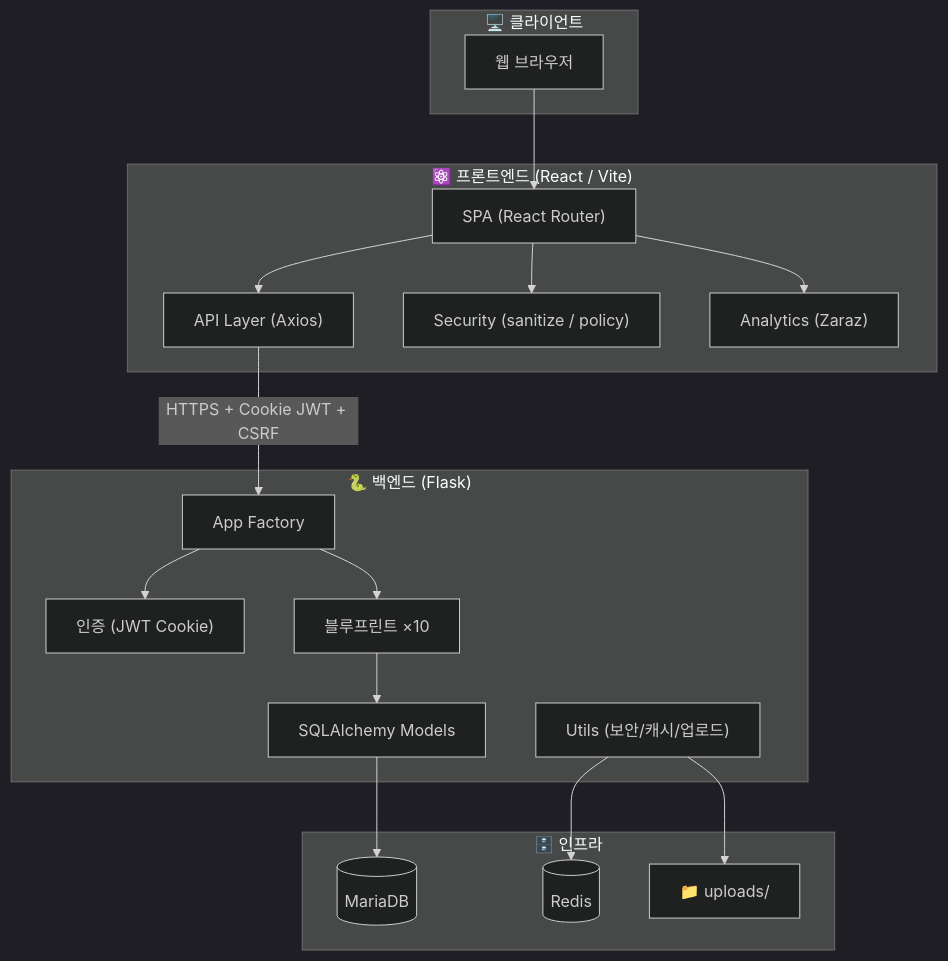
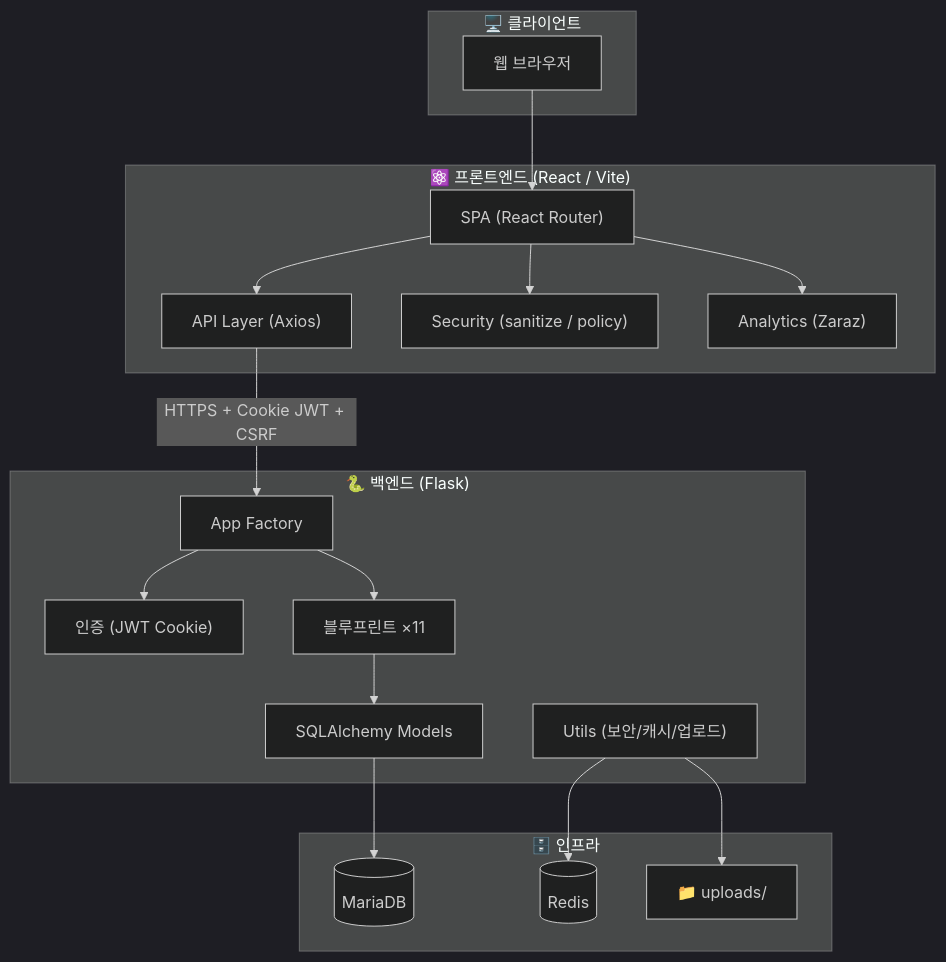
One commit to hanjm-github/beomseo.in changed the diagram in README.md. Above: the diagram before and after it, drawn with Mermaid (dark theme). The commit also changed other lines of this file and 28 other files, not shown here.

````diff
--- a/README.md
+++ b/README.md
@@ -154,39 +155,39 @@
 ```mermaid
 flowchart TB
     subgraph Client["🖥️ 클라이언트"]
         Browser["웹 브라우저"]
     end
 
     subgraph Frontend["⚛️ 프론트엔드 (React / Vite)"]
         SPA["SPA (React Router)"]
         API_Layer["API Layer (Axios)"]
         Security["Security (sanitize / policy)"]
         Analytics["Analytics (Zaraz)"]
     end
 
     subgraph Backend["🐍 백엔드 (Flask)"]
         App["App Factory"]
         Auth["인증 (JWT Cookie)"]
-        Routes["블루프린트 ×10"]
+        Routes["블루프린트 ×11"]
         Models["SQLAlchemy Models"]
         Utils["Utils (보안/캐시/업로드)"]
     end
 
     subgraph Infra["🗄️ 인프라"]
         MariaDB[("MariaDB")]
         Redis[("Redis")]
         Uploads["📁 uploads/"]
     end
 
     Browser --> SPA
     SPA --> API_Layer
     API_Layer -->|"HTTPS + Cookie JWT + CSRF"| App
     App --> Auth
     App --> Routes
     Routes --> Models
     Models --> MariaDB
     Utils --> Redis
     Utils --> Uploads
     SPA --> Security
     SPA --> Analytics
 ```
````
